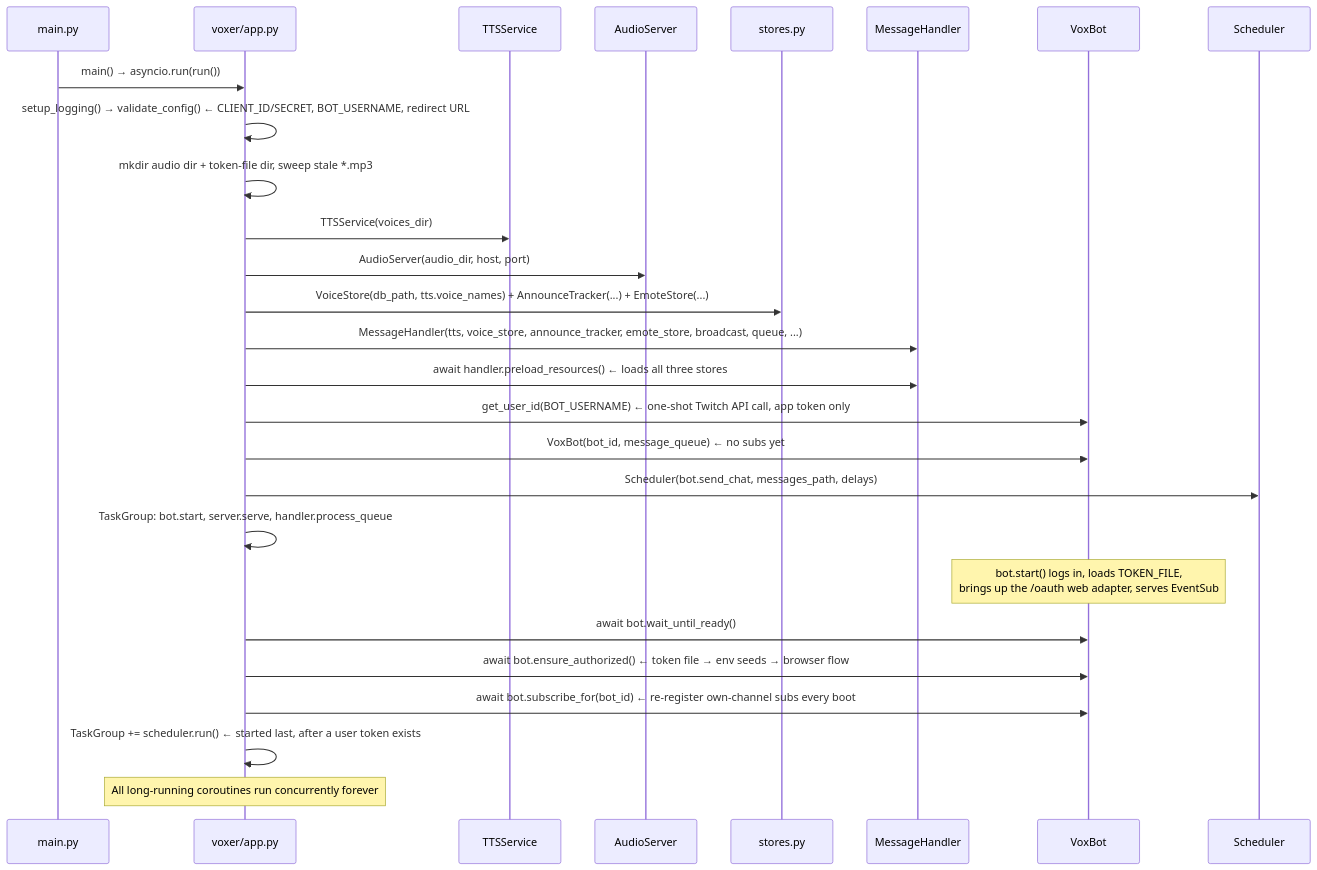
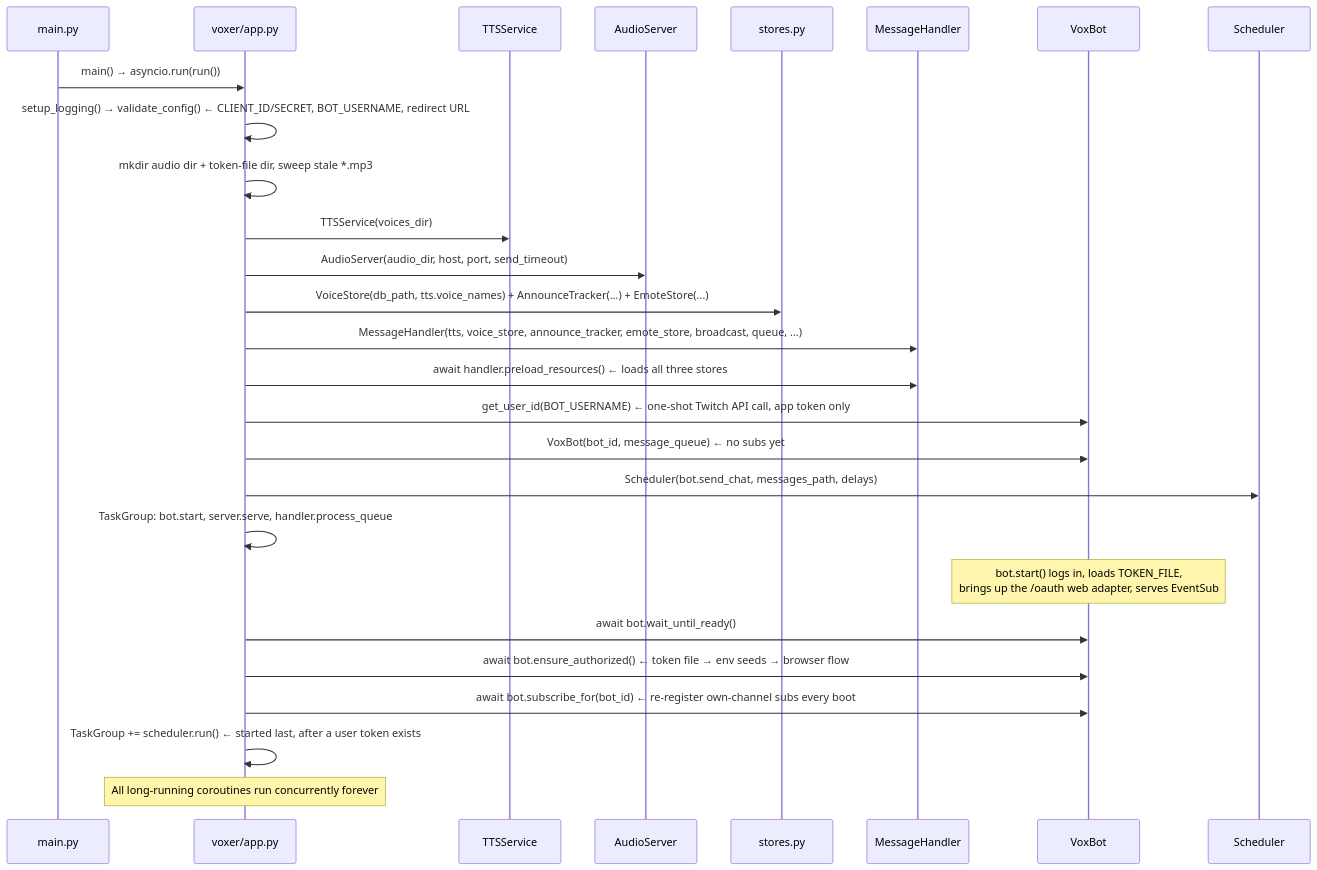
Before and after one commit to w0rxbend/twitch-voxer: the second of 8 diagrams in ARCHITECTURE.md, drawn with Mermaid. The commit also changed other lines of this file and 7 other files, not shown here.

````diff
--- a/ARCHITECTURE.md
+++ b/ARCHITECTURE.md
@@ -87,30 +87,30 @@
 ```mermaid
 sequenceDiagram
     participant main as main.py
     participant app as voxer/app.py
     participant tts as TTSService
     participant srv as AudioServer
     participant sto as stores.py
     participant hdl as MessageHandler
     participant bot as VoxBot
     participant sch as Scheduler
 
     main->>app: main() → asyncio.run(run())
     app->>app: setup_logging() → validate_config()  ← CLIENT_ID/SECRET, BOT_USERNAME, redirect URL
     app->>app: mkdir audio dir + token-file dir, sweep stale *.mp3
     app->>tts: TTSService(voices_dir)
-    app->>srv: AudioServer(audio_dir, host, port)
+    app->>srv: AudioServer(audio_dir, host, port, send_timeout)
     app->>sto: VoiceStore(db_path, tts.voice_names) + AnnounceTracker(...) + EmoteStore(...)
     app->>hdl: MessageHandler(tts, voice_store, announce_tracker, emote_store, broadcast, queue, ...)
     app->>hdl: await handler.preload_resources()  ← loads all three stores
     app->>bot: get_user_id(BOT_USERNAME)  ← one-shot Twitch API call, app token only
     app->>bot: VoxBot(bot_id, message_queue)  ← no subs yet
     app->>sch: Scheduler(bot.send_chat, messages_path, delays)
     app->>app: TaskGroup: bot.start, server.serve, handler.process_queue
     Note over bot: bot.start() logs in, loads TOKEN_FILE,<br/>brings up the /oauth web adapter, serves EventSub
     app->>bot: await bot.wait_until_ready()
     app->>bot: await bot.ensure_authorized()  ← token file → env seeds → browser flow
     app->>bot: await bot.subscribe_for(bot_id)  ← re-register own-channel subs every boot
     app->>app: TaskGroup += scheduler.run()  ← started last, after a user token exists
     Note over app: All long-running coroutines run concurrently forever
 ```
````
